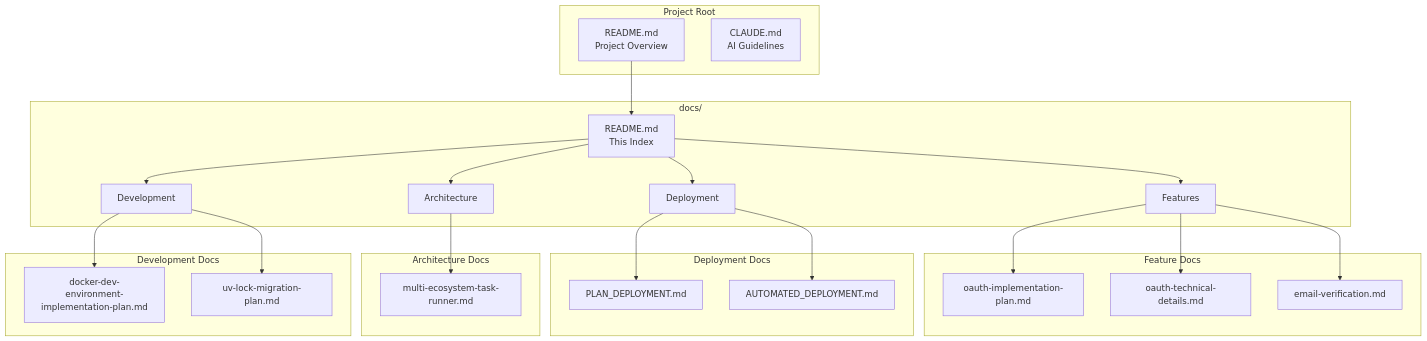
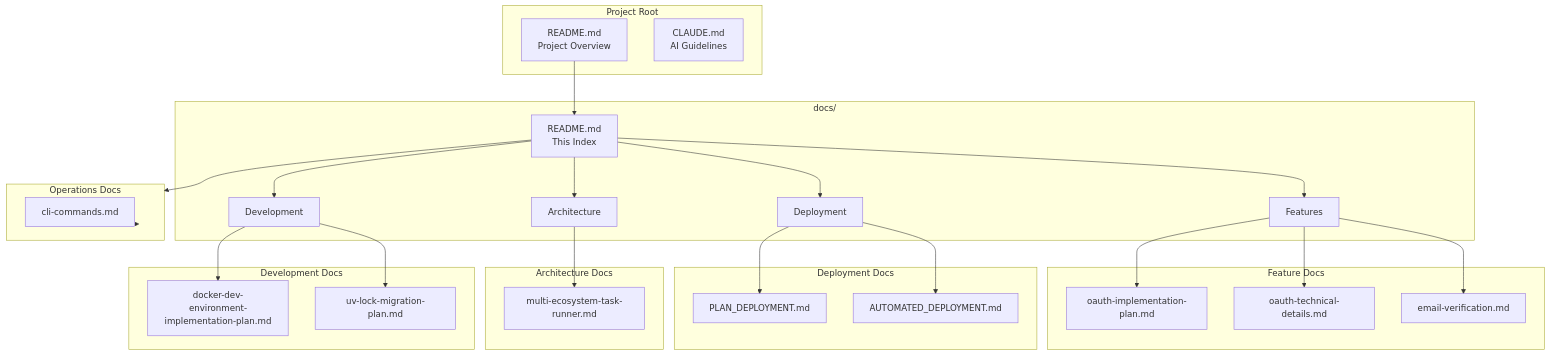
One commit to dremdem/stupid_chat_bot changed the diagram in docs/README.md. Above: the diagram before and after it, drawn with Mermaid. The commit also changed other lines of this file and 2 other files, not shown here.

First line of the commit message:
docs: add CLI commands reference documentation

````diff
--- a/docs/README.md
+++ b/docs/README.md
@@ -30,49 +31,55 @@
 ```mermaid
 graph TB
     subgraph Root["Project Root"]
         README["README.md<br/>Project Overview"]
         CLAUDE["CLAUDE.md<br/>AI Guidelines"]
     end
 
     subgraph Docs["docs/"]
         INDEX["README.md<br/>This Index"]
         FEAT["Features"]
         DEPLOY["Deployment"]
         ARCH["Architecture"]
         DEV["Development"]
     end
 
     subgraph Features["Feature Docs"]
         OAUTH_PLAN["oauth-implementation-plan.md"]
         OAUTH_TECH["oauth-technical-details.md"]
         EMAIL_VER["email-verification.md"]
     end
 
     subgraph Deploy["Deployment Docs"]
         PLAN["PLAN_DEPLOYMENT.md"]
         AUTO["AUTOMATED_DEPLOYMENT.md"]
     end
 
     subgraph Arch["Architecture Docs"]
         TASK["multi-ecosystem-task-runner.md"]
     end
 
     subgraph Dev["Development Docs"]
         DOCKER["docker-dev-environment-implementation-plan.md"]
         UV["uv-lock-migration-plan.md"]
     end
 
+    subgraph Ops["Operations Docs"]
+        CLI["cli-commands.md"]
+    end
+
     README --> INDEX
     INDEX --> FEAT
     INDEX --> DEPLOY
     INDEX --> ARCH
     INDEX --> DEV
+    INDEX --> Ops
     FEAT --> OAUTH_PLAN
     FEAT --> OAUTH_TECH
     FEAT --> EMAIL_VER
     DEPLOY --> PLAN
     DEPLOY --> AUTO
     ARCH --> TASK
     DEV --> DOCKER
     DEV --> UV
+    Ops --> CLI
 ```
````
